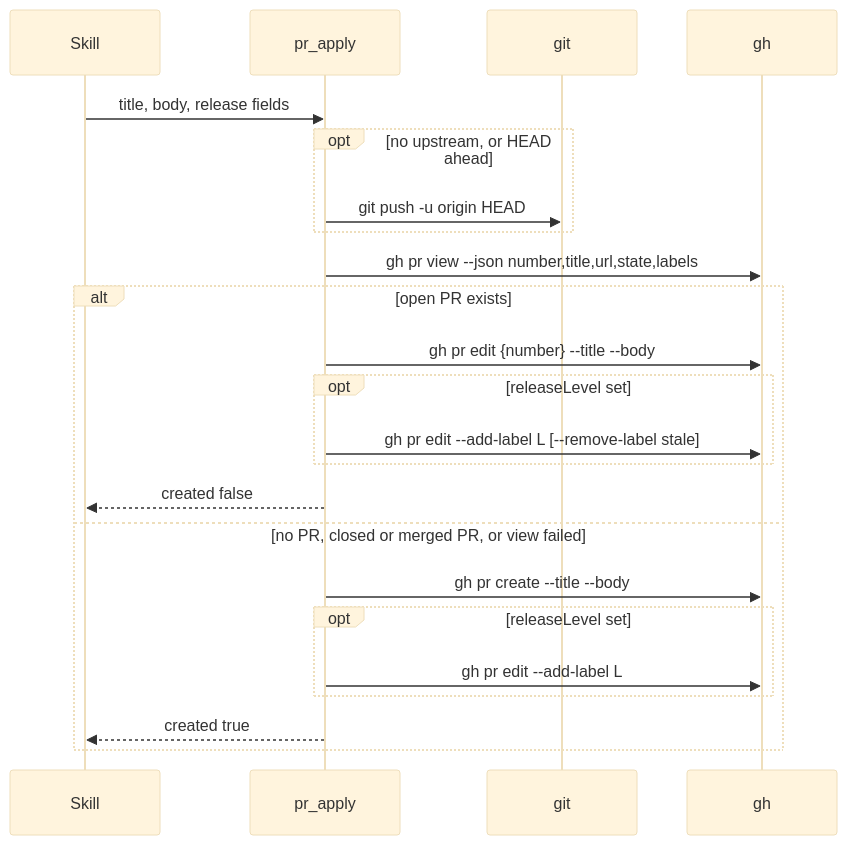
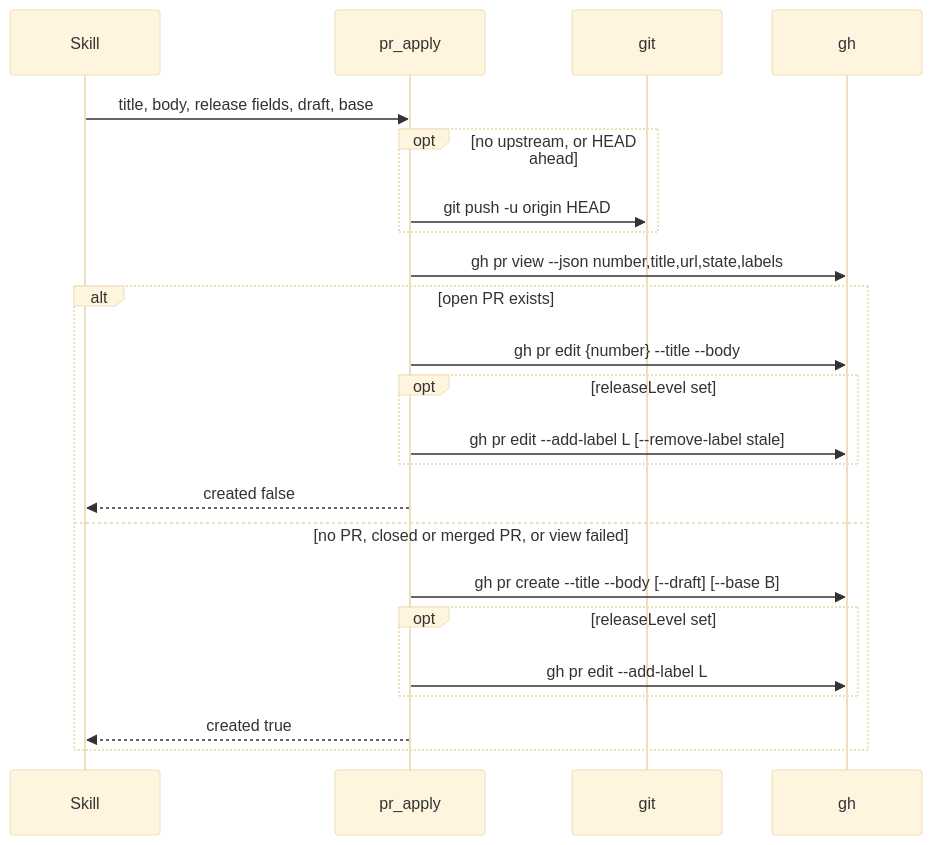
Before and after one commit to rnagrodzki/sdlc-plugin: the second of 2 diagrams in openspec/specs/tool-pr-apply/spec.md, drawn with Mermaid (base theme). The commit also changed other lines of this file and 8 other files, not shown here.

First line of the commit message:
feat(pr): pass --draft and --base through to gh pr create

````diff
--- a/openspec/specs/tool-pr-apply/spec.md
+++ b/openspec/specs/tool-pr-apply/spec.md
@@ -305,25 +308,25 @@
 ```mermaid
 sequenceDiagram
     participant Skill
     participant T as pr_apply
     participant git
     participant gh
-    Skill->>T: title, body, release fields
+    Skill->>T: title, body, release fields, draft, base
     opt no upstream, or HEAD ahead
         T->>git: git push -u origin HEAD
     end
     T->>gh: gh pr view --json number,title,url,state,labels
     alt open PR exists
         T->>gh: gh pr edit {number} --title --body
         opt releaseLevel set
             T->>gh: gh pr edit --add-label L [--remove-label stale]
         end
         T-->>Skill: created false
     else no PR, closed or merged PR, or view failed
-        T->>gh: gh pr create --title --body
+        T->>gh: gh pr create --title --body [--draft] [--base B]
         opt releaseLevel set
             T->>gh: gh pr edit --add-label L
         end
         T-->>Skill: created true
     end
 ```
````
